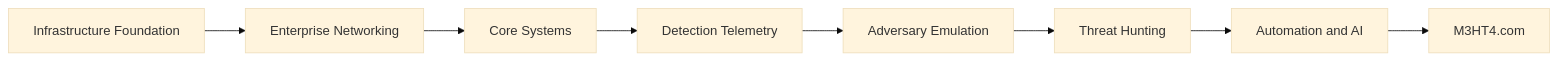
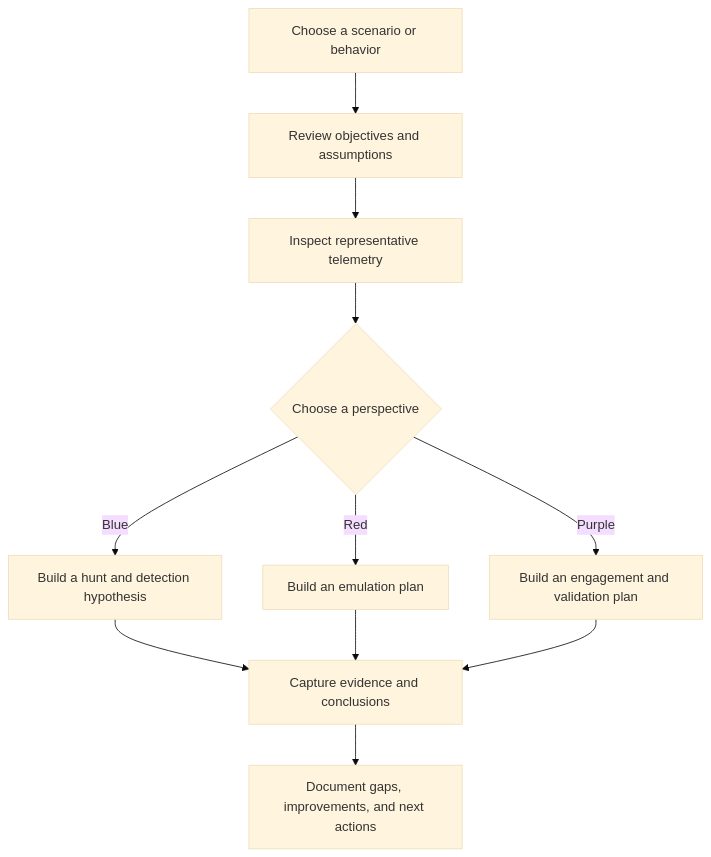
One commit to MehtaPar/M3HT4 changed the second of 2 diagrams in README.md. Above: the diagram before and after it, drawn with Mermaid (base theme). The commit also changed other lines of this file and 19 other files, not shown here.

````diff
--- a/README.md
+++ b/README.md
@@ -184,13 +91,13 @@
 ```mermaid
-flowchart LR
-    Foundation[Infrastructure Foundation]
-    Network[Enterprise Networking]
-    Systems[Core Systems]
-    Telemetry[Detection Telemetry]
-    Validation[Adversary Emulation]
-    Hunting[Threat Hunting]
-    Automation[Automation and AI]
-    Public[M3HT4.com]
-
-    Foundation --> Network --> Systems --> Telemetry --> Validation --> Hunting --> Automation --> Public
+flowchart TD
+    A[Choose a scenario or behavior] --> B[Review objectives and assumptions]
+    B --> C[Inspect representative telemetry]
+    C --> D{Choose a perspective}
+    D -->|Blue| E[Build a hunt and detection hypothesis]
+    D -->|Red| F[Build an emulation plan]
+    D -->|Purple| G[Build an engagement and validation plan]
+    E --> H[Capture evidence and conclusions]
+    F --> H
+    G --> H
+    H --> I[Document gaps, improvements, and next actions]
 ```
````
